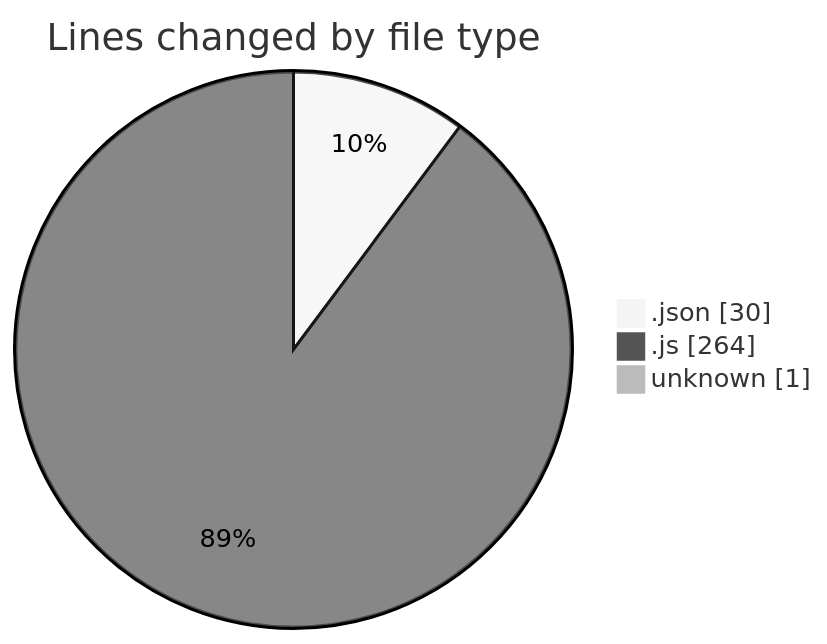
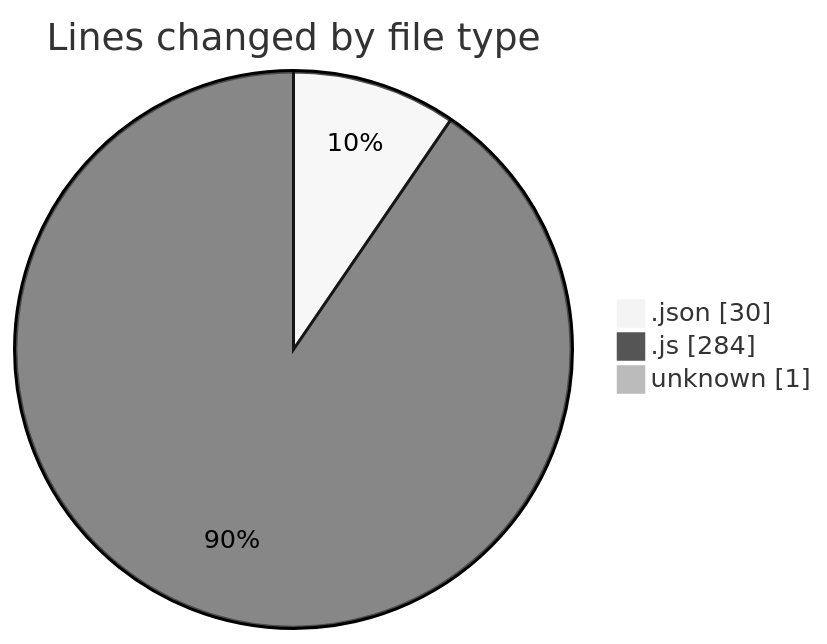
One commit to Ritupan-Deka/code-tracking changed the first of 2 diagrams in 2025-07-16/mern-workoutboard/README.md. Above: the diagram before and after it, drawn with Mermaid (neutral theme). The commit also changed other lines of this file and 1 other file, not shown here.

````diff
--- a/2025-07-16/mern-workoutboard/README.md
+++ b/2025-07-16/mern-workoutboard/README.md
@@ -23,7 +23,7 @@
 ```mermaid
 pie showData
 title Lines changed by file type
 ".json" : 30
-".js" : 264
+".js" : 284
 "unknown" : 1
 ```
````
